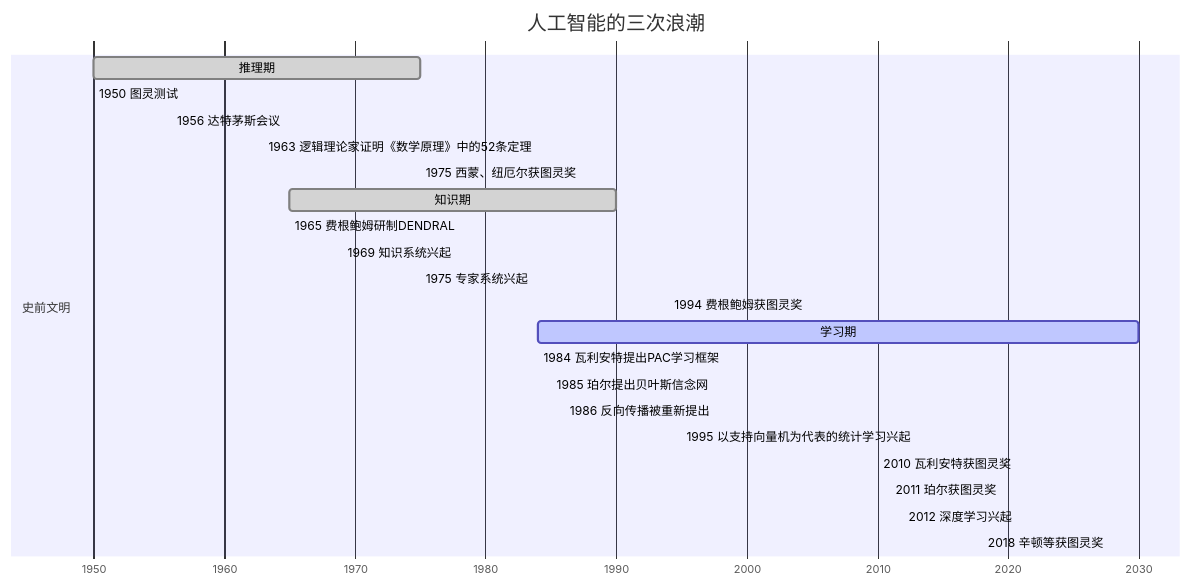
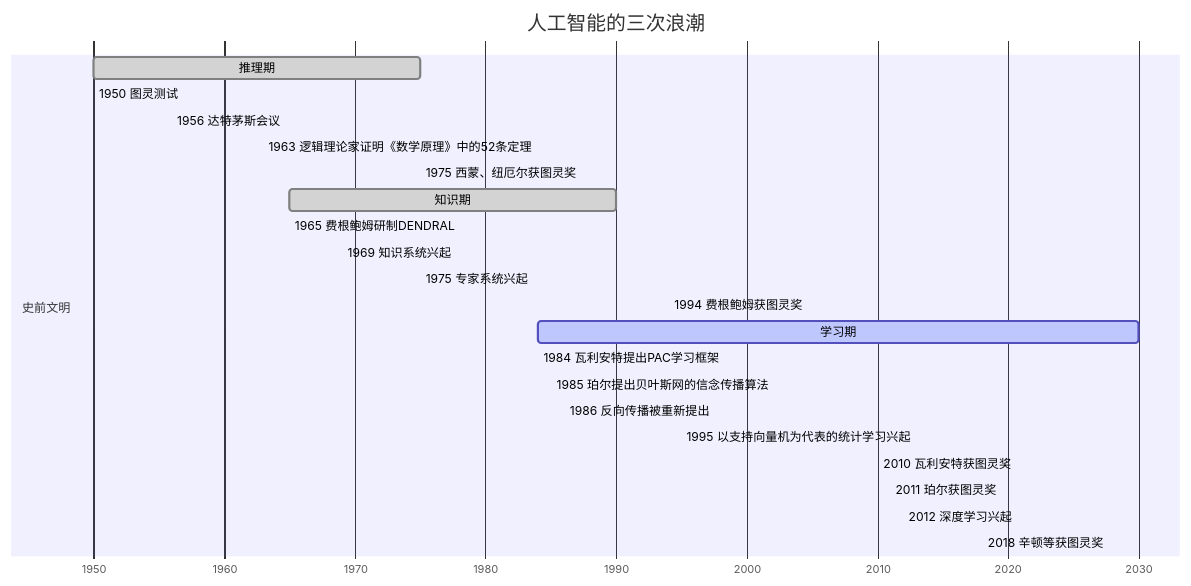
The diagram in mermaid/ai.mermaid (Avanti1980/course-ml), drawn with Mermaid before and after one commit. The commit also changed 5 other files, not shown here.

```diff
--- a/mermaid/ai.mermaid
+++ b/mermaid/ai.mermaid
@@ -1,29 +1,29 @@
 gantt
 todayMarker off
 dateFormat YYYY
 axisFormat %Y
 title 人工智能的三次浪潮
 
 section 史前文明
 
 推理期: done, 1950, 1975
 1950 图灵测试: 1950, milestone
 1956 达特茅斯会议: 1956, milestone
 1963 逻辑理论家证明《数学原理》中的52条定理: 1963, milestone
 1975 西蒙、纽厄尔获图灵奖: 1975, milestone
 
 知识期: done, 1965, 1990
 1965 费根鲍姆研制DENDRAL: 1965, milestone
 1969 知识系统兴起: 1969, milestone
 1975 专家系统兴起: 1975, milestone
 1994 费根鲍姆获图灵奖: 1994, milestone
 
 学习期: active, 1984, 2030
 1984 瓦利安特提出PAC学习框架: 1984, milestone
-1985 珀尔提出贝叶斯信念网: 1985, milestone
+1985 珀尔提出贝叶斯网的信念传播算法: 1985, milestone
 1986 反向传播被重新提出: 1986, milestone
 1995 以支持向量机为代表的统计学习兴起: 1995, milestone
 2010 瓦利安特获图灵奖: 2010, milestone
 2011 珀尔获图灵奖: 2011, milestone
 2012 深度学习兴起: 2012, milestone
 2018 辛顿等获图灵奖: 2018, milestone
```
